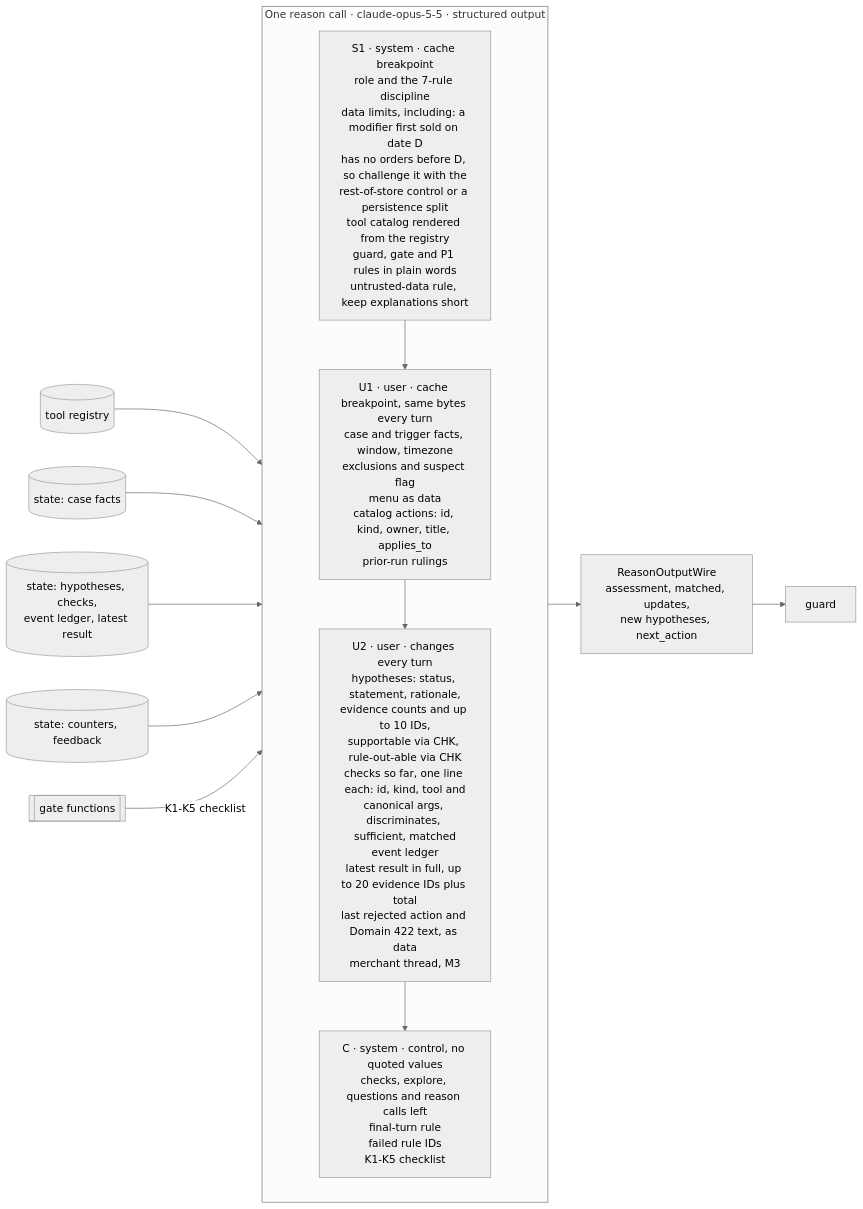
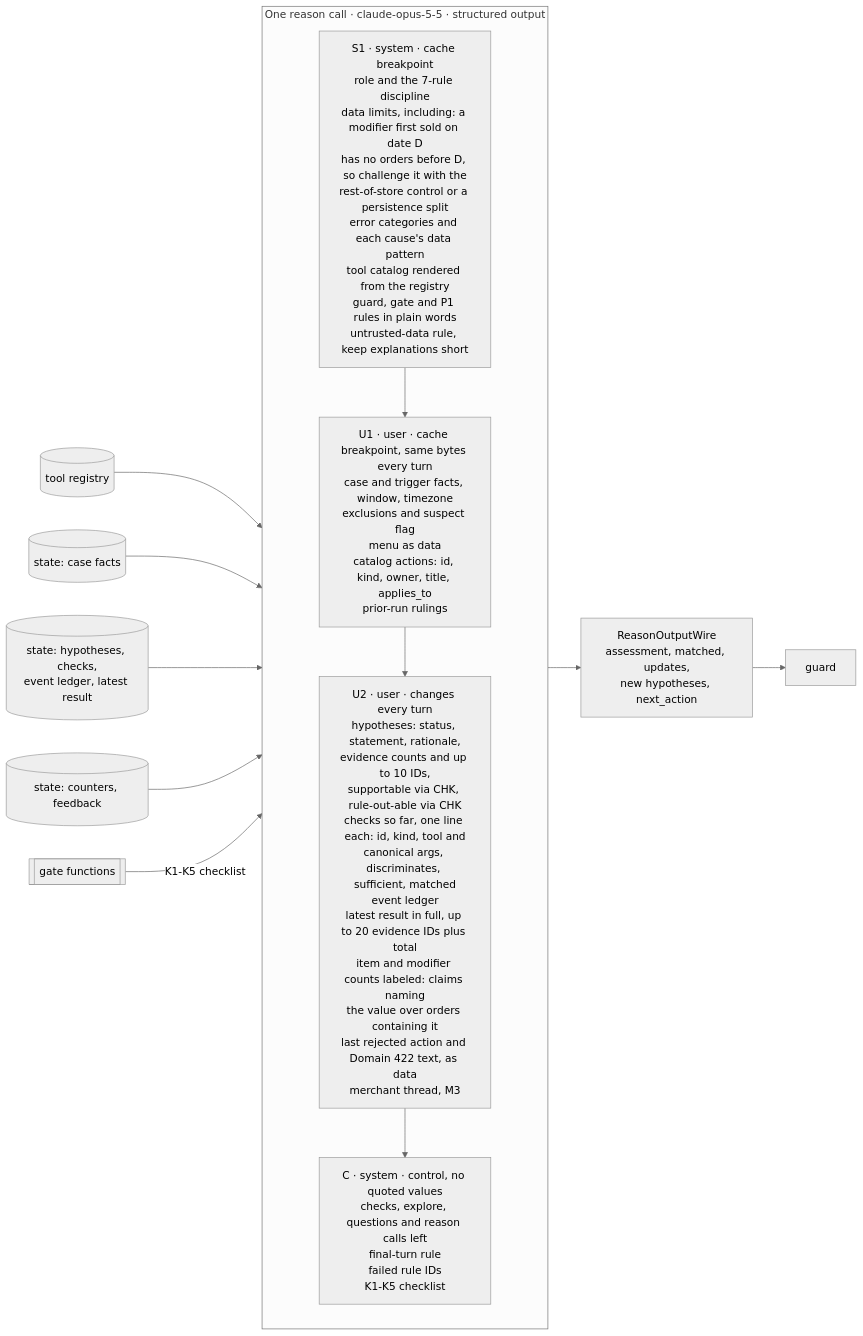
The sixth of 8 diagrams in docs/agent-implementation-plan.md (Beaconfire-GenAI-Sep26/retail-internal-ai-agent), drawn with Mermaid (neutral theme) before and after one commit. The commit also changed other lines of this file and 40 other files, not shown here.

````diff
--- a/docs/agent-implementation-plan.md
+++ b/docs/agent-implementation-plan.md
@@ -495,18 +502,18 @@
 ```mermaid
 flowchart LR
   subgraph REQ["One reason call · claude-opus-5-5 · structured output"]
     direction TB
-    S1["S1 · system · cache breakpoint<br/>role and the 7-rule discipline<br/>data limits, including: a modifier first sold on date D<br/>has no orders before D, so challenge it with the<br/>rest-of-store control or a persistence split<br/>tool catalog rendered from the registry<br/>guard, gate and P1 rules in plain words<br/>untrusted-data rule, keep explanations short"]
+    S1["S1 · system · cache breakpoint<br/>role and the 7-rule discipline<br/>data limits, including: a modifier first sold on date D<br/>has no orders before D, so challenge it with the<br/>rest-of-store control or a persistence split<br/>error categories and each cause's data pattern<br/>tool catalog rendered from the registry<br/>guard, gate and P1 rules in plain words<br/>untrusted-data rule, keep explanations short"]
     U1["U1 · user · cache breakpoint, same bytes every turn<br/>case and trigger facts, window, timezone<br/>exclusions and suspect flag<br/>menu as data<br/>catalog actions: id, kind, owner, title, applies_to<br/>prior-run rulings"]
-    U2["U2 · user · changes every turn<br/>hypotheses: status, statement, rationale,<br/>evidence counts and up to 10 IDs,<br/>supportable via CHK, rule-out-able via CHK<br/>checks so far, one line each: id, kind, tool and<br/>canonical args, discriminates, sufficient, matched<br/>event ledger<br/>latest result in full, up to 20 evidence IDs plus total<br/>last rejected action and Domain 422 text, as data<br/>merchant thread, M3"]
+    U2["U2 · user · changes every turn<br/>hypotheses: status, statement, rationale,<br/>evidence counts and up to 10 IDs,<br/>supportable via CHK, rule-out-able via CHK<br/>checks so far, one line each: id, kind, tool and<br/>canonical args, discriminates, sufficient, matched<br/>event ledger<br/>latest result in full, up to 20 evidence IDs plus total<br/>item and modifier counts labeled: claims naming<br/>the value over orders containing it<br/>last rejected action and Domain 422 text, as data<br/>merchant thread, M3"]
     C["C · system · control, no quoted values<br/>checks, explore, questions and reason calls left<br/>final-turn rule<br/>failed rule IDs<br/>K1-K5 checklist"]
     S1 --> U1 --> U2 --> C
   end
   REG[("tool registry")] --> S1
   SF[("state: case facts")] --> U1
   SH[("state: hypotheses, checks,<br/>event ledger, latest result")] --> U2
   SC[("state: counters, feedback")] --> C
   GF[["gate functions"]] -->|"K1-K5 checklist"| C
   C --> OUT["ReasonOutputWire<br/>assessment, matched, updates,<br/>new hypotheses, next_action"]
   OUT --> GD[guard]
 ```
````
